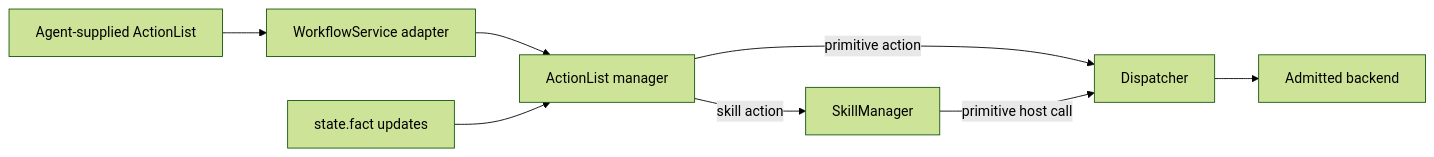
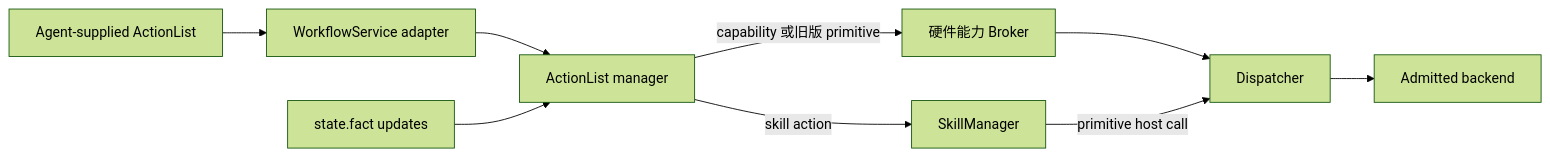
The diagram in docs_cn/eos/design/runtime/actionlist_cn.md (Island-Team/Aether-EOS-R), drawn with Mermaid (forest theme) before and after one commit. The commit also changed other lines of this file and 1196 other files, not shown here.

````diff
--- a/docs_cn/eos/design/runtime/actionlist_cn.md
+++ b/docs_cn/eos/design/runtime/actionlist_cn.md
@@ -15,10 +15,11 @@
 ```mermaid
 flowchart LR
   agent["Agent-supplied ActionList"] --> workflow["WorkflowService adapter"]
   workflow --> actionlist["ActionList manager"]
   facts["state.fact updates"] --> actionlist
   actionlist -->|"skill action"| skills["SkillManager"]
-  actionlist -->|"primitive action"| dispatch["Dispatcher"]
+  actionlist -->|"capability 或旧版 primitive"| broker["硬件能力 Broker"]
+  broker --> dispatch["Dispatcher"]
   skills -->|"primitive host call"| dispatch
   dispatch --> hardware["Admitted backend"]
 ```
````
